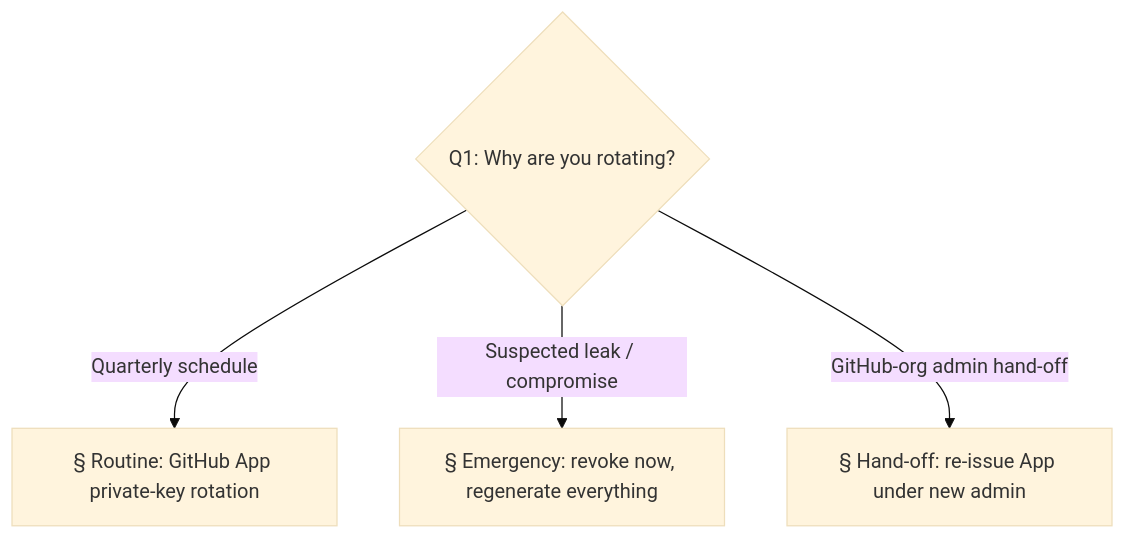
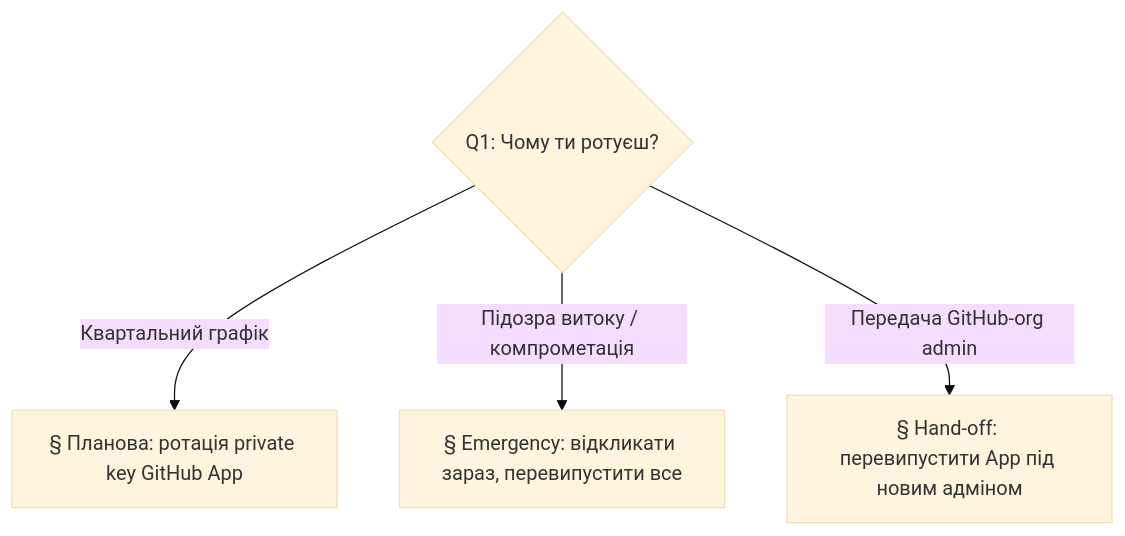
The diagram in docs/playbooks/rotate-openclaw-credentials.md (SkOrDs-02/sergeant), drawn with Mermaid (base theme) before and after one commit. The commit also changed other lines of this file and 1 other file, not shown here.

Commit message:
docs(docs): translate rotate-openclaw-credentials.md to UA + fix schema (init 0009 PR 1.2b) (#1873)

````diff
--- a/docs/playbooks/rotate-openclaw-credentials.md
+++ b/docs/playbooks/rotate-openclaw-credentials.md
@@ -30,7 +31,7 @@
 ```mermaid
 flowchart TD
-    Q1{"Q1: Why are you rotating?"}
-    Q1 -- "Quarterly schedule" --> ROUTINE["§ Routine: GitHub App private-key rotation"]
-    Q1 -- "Suspected leak / compromise" --> EMERGENCY["§ Emergency: revoke now, regenerate everything"]
-    Q1 -- "GitHub-org admin hand-off" --> HANDOFF["§ Hand-off: re-issue App under new admin"]
+    Q1{"Q1: Чому ти ротуєш?"}
+    Q1 -- "Квартальний графік" --> ROUTINE["§ Планова: ротація private key GitHub App"]
+    Q1 -- "Підозра витоку / компрометація" --> EMERGENCY["§ Emergency: відкликати зараз, перевипустити все"]
+    Q1 -- "Передача GitHub-org admin" --> HANDOFF["§ Hand-off: перевипустити App під новим адміном"]
 ```
````
